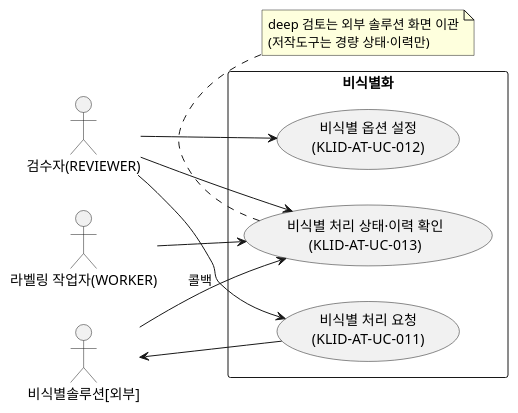
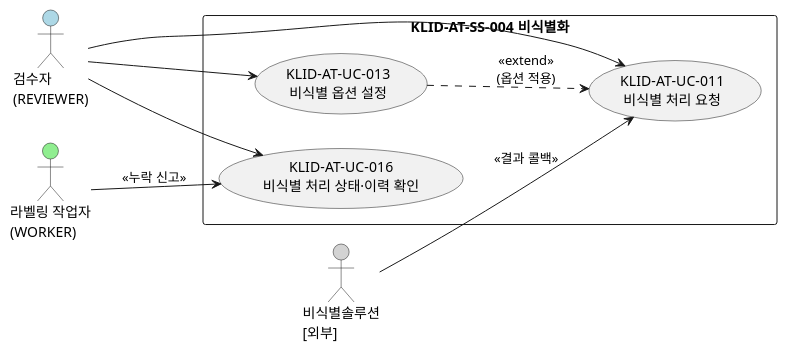
The fourth of 4 diagrams in docs/design/R2-유스케이스명세서.md (New-stella/klid-label), drawn with PlantUML before and after one commit. The commit also changed other lines of this file and 9 other files, not shown here.

````diff
--- a/docs/design/R2-유스케이스명세서.md
+++ b/docs/design/R2-유스케이스명세서.md
@@ -109,20 +150,23 @@
 ```plantuml
-@startuml
+@startuml KLID-AT-UCD-004
 left to right direction
-actor "검수자(REVIEWER)" as REV
-actor "라벨링 작업자(WORKER)" as WK
-actor "비식별솔루션[외부]" as DEID
-rectangle "비식별화" {
-  usecase "비식별 처리 요청\n(KLID-AT-UC-011)" as UC11
-  usecase "비식별 옵션 설정\n(KLID-AT-UC-012)" as UC12
-  usecase "비식별 처리 상태·이력 확인\n(KLID-AT-UC-013)" as UC13
+skinparam packageStyle rectangle
+
+actor "검수자\n(REVIEWER)" as REVIEWER #LightBlue
+actor "라벨링 작업자\n(WORKER)" as WORKER #LightGreen
+actor "비식별솔루션\n[외부]" as DEIDENT #LightGray
+
+rectangle "KLID-AT-SS-004 비식별화" {
+  usecase "KLID-AT-UC-011\n비식별 처리 요청" as UC011
+  usecase "KLID-AT-UC-013\n비식별 옵션 설정" as UC013
+  usecase "KLID-AT-UC-016\n비식별 처리 상태·이력 확인" as UC016
 }
-REV --> UC11
-REV --> UC12
-REV --> UC13
-WK --> UC13
-UC11 --> DEID
-DEID --> UC13 : 콜백
-note bottom of UC13 : deep 검토는 외부 솔루션 화면 이관\n(저작도구는 경량 상태·이력만)
+
+REVIEWER --> UC011
+REVIEWER --> UC013
+REVIEWER --> UC016
+WORKER --> UC016 : <<누락 신고>>
+DEIDENT --> UC011 : <<결과 콜백>>
+UC013 ..> UC011 : <<extend>>\n(옵션 적용)
 @enduml
 ```
````
